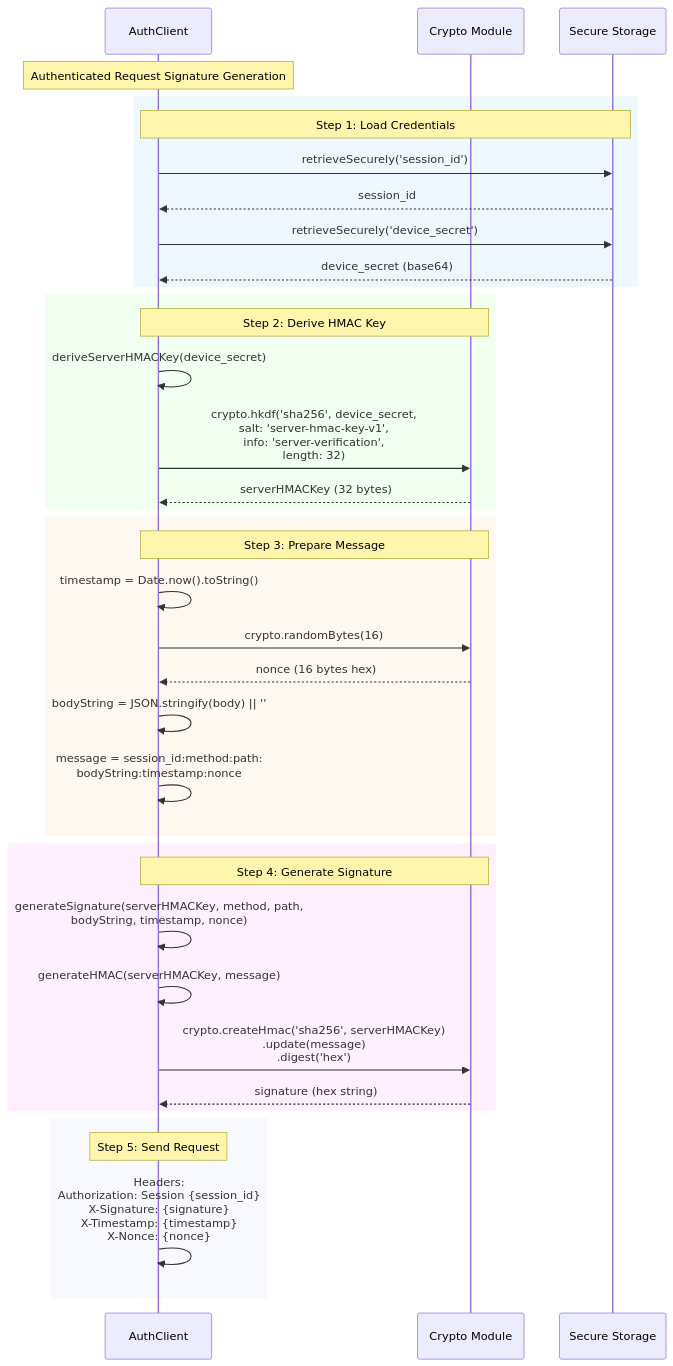
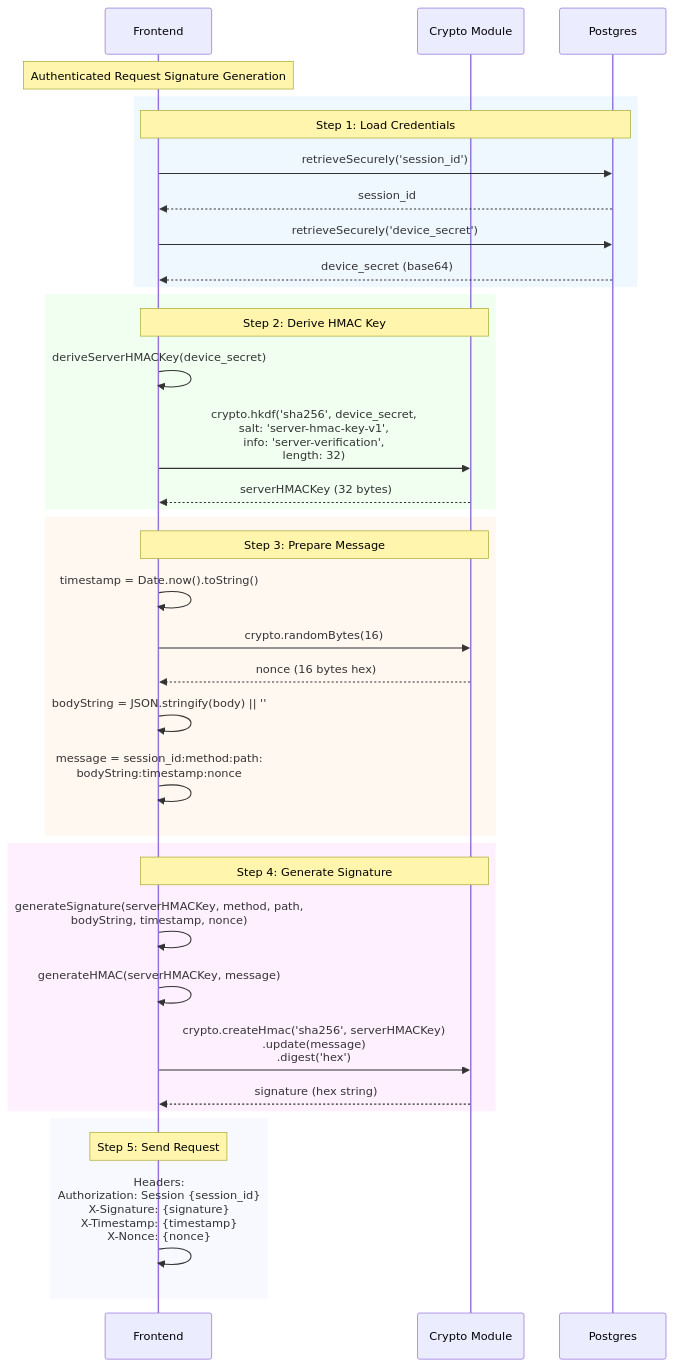
Before and after one commit to adamreaksmey/messenger-app-diagram: the third of 4 diagrams in dh-authentication/auth-flow-diagram.md, drawn with Mermaid. The commit also changed other lines of this file and 2 other files, not shown here.

Commit message:
docs: Introduce FAQ and analysis notes for device-based HMAC authentication, detailing key exchange, session management, and security measures, while updating the authentication flow diagram for clarity on component roles.

````diff
--- a/dh-authentication/auth-flow-diagram.md
+++ b/dh-authentication/auth-flow-diagram.md
@@ -158,45 +158,45 @@
 ```mermaid
 sequenceDiagram
-    participant Client as AuthClient
+    participant Client as Frontend
     participant Crypto as Crypto Module
-    participant Storage as Secure Storage
+    participant Storage as Postgres
 
     Note over Client: Authenticated Request Signature Generation
 
     rect rgb(240, 248, 255)
         Note over Client,Storage: Step 1: Load Credentials
         Client->>Storage: retrieveSecurely('session_id')
         Storage-->>Client: session_id
         Client->>Storage: retrieveSecurely('device_secret')
         Storage-->>Client: device_secret (base64)
     end
 
     rect rgb(240, 255, 240)
         Note over Client,Crypto: Step 2: Derive HMAC Key
         Client->>Client: deriveServerHMACKey(device_secret)
         Client->>Crypto: crypto.hkdf('sha256', device_secret,<br/>salt: 'server-hmac-key-v1',<br/>info: 'server-verification',<br/>length: 32)
         Crypto-->>Client: serverHMACKey (32 bytes)
     end
 
     rect rgb(255, 248, 240)
         Note over Client,Crypto: Step 3: Prepare Message
         Client->>Client: timestamp = Date.now().toString()
         Client->>Crypto: crypto.randomBytes(16)
         Crypto-->>Client: nonce (16 bytes hex)
         Client->>Client: bodyString = JSON.stringify(body) || ''
         Client->>Client: message = session_id:method:path:<br/>bodyString:timestamp:nonce
     end
 
     rect rgb(255, 240, 255)
         Note over Client,Crypto: Step 4: Generate Signature
         Client->>Client: generateSignature(serverHMACKey, method, path,<br/>bodyString, timestamp, nonce)
         Client->>Client: generateHMAC(serverHMACKey, message)
         Client->>Crypto: crypto.createHmac('sha256', serverHMACKey)<br/>.update(message)<br/>.digest('hex')
         Crypto-->>Client: signature (hex string)
     end
 
     rect rgb(248, 248, 255)
         Note over Client: Step 5: Send Request
         Client->>Client: Headers:<br/>Authorization: Session {session_id}<br/>X-Signature: {signature}<br/>X-Timestamp: {timestamp}<br/>X-Nonce: {nonce}
     end
 ```
````
